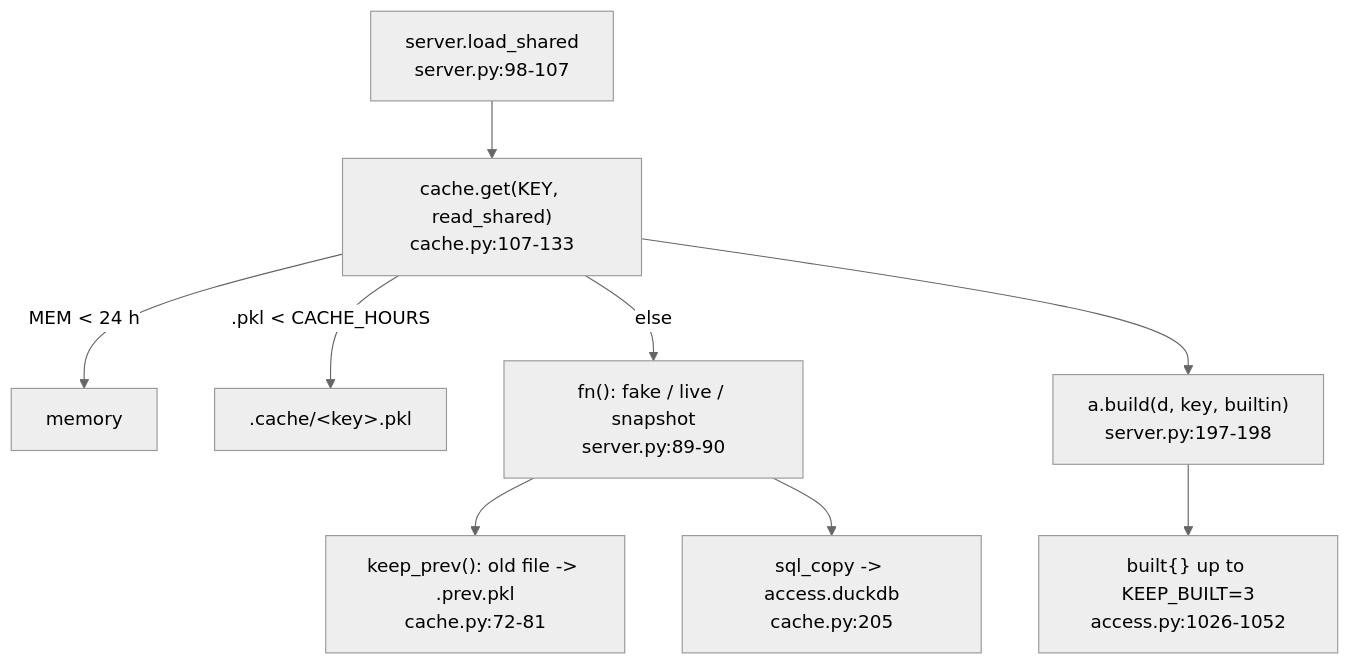
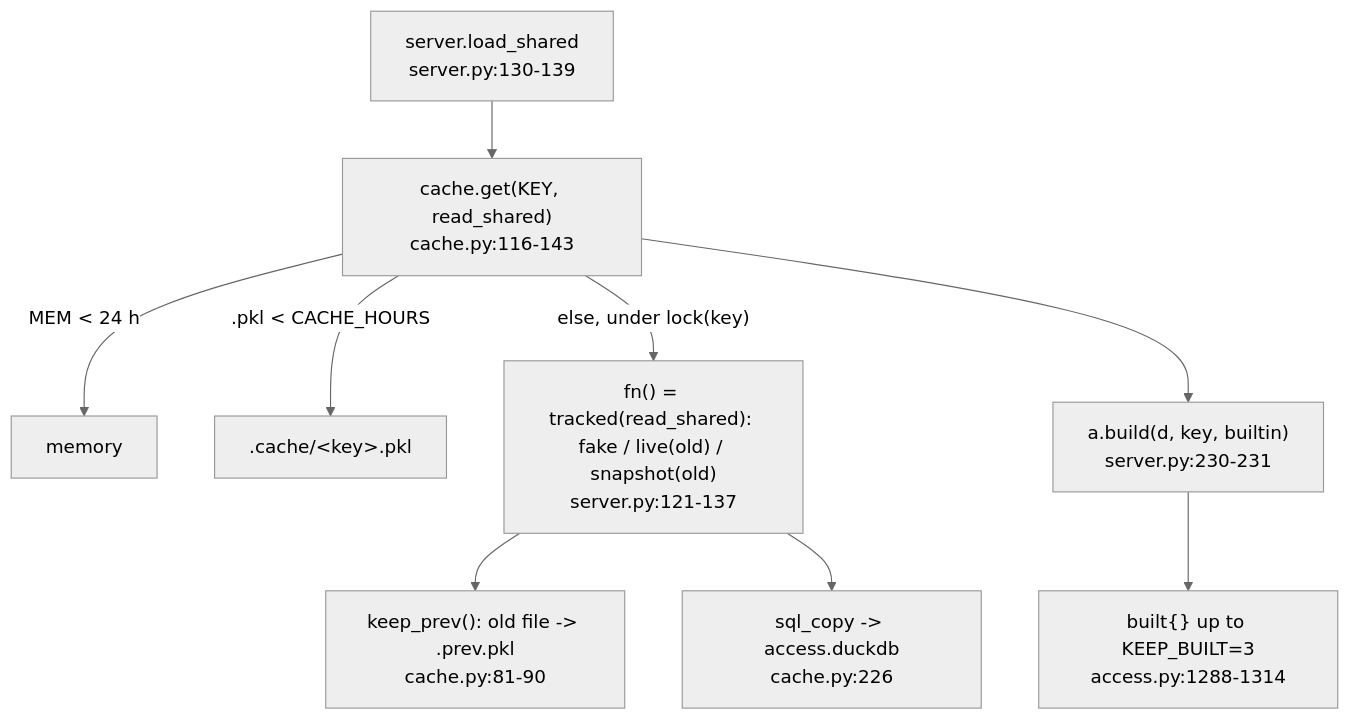
Before and after one commit to darshanmeel/snowflake-access-explorer: the diagram in snowflake-access-explorer-knowledge-graph/logic/caching.md, drawn with Mermaid (neutral theme). The commit also changed other lines of this file and 79 other files, not shown here.

Commit message:
Knowledge graph: STATEMENT_TIMEOUT, WORKERS, ACTIVITY, HIERARCHY, progress lines, shared ACCESS_HISTORY read, procedure batching; node lines re-synced

````diff
--- a/snowflake-access-explorer-knowledge-graph/logic/caching.md
+++ b/snowflake-access-explorer-knowledge-graph/logic/caching.md
@@ -6,11 +6,11 @@
 ```mermaid
 flowchart TD
-  LS["server.load_shared<br/>server.py:98-107"] --> G["cache.get(KEY, read_shared)<br/>cache.py:107-133"]
+  LS["server.load_shared<br/>server.py:130-139"] --> G["cache.get(KEY, read_shared)<br/>cache.py:116-143"]
   G -->|"MEM < 24 h"| M[memory]
   G -->|".pkl < CACHE_HOURS"| P[".cache/&lt;key&gt;.pkl"]
-  G -->|else| R["fn(): fake / live / snapshot<br/>server.py:89-90"]
-  R --> KP["keep_prev(): old file -> .prev.pkl<br/>cache.py:72-81"]
-  R --> SQ["sql_copy -> access.duckdb<br/>cache.py:205"]
-  G --> B["a.build(d, key, builtin)<br/>server.py:197-198"]
-  B --> KB["built{} up to KEEP_BUILT=3<br/>access.py:1026-1052"]
+  G -->|"else, under lock(key)"| R["fn() = tracked(read_shared): fake / live(old) / snapshot(old)<br/>server.py:121-137"]
+  R --> KP["keep_prev(): old file -> .prev.pkl<br/>cache.py:81-90"]
+  R --> SQ["sql_copy -> access.duckdb<br/>cache.py:226"]
+  G --> B["a.build(d, key, builtin)<br/>server.py:230-231"]
+  B --> KB["built{} up to KEEP_BUILT=3<br/>access.py:1288-1314"]
 ```
````
